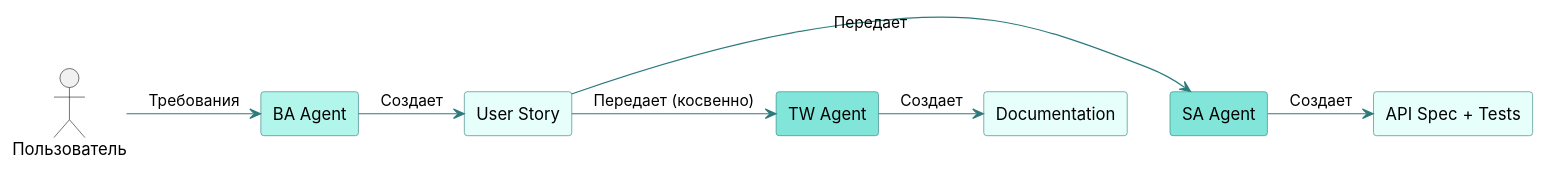
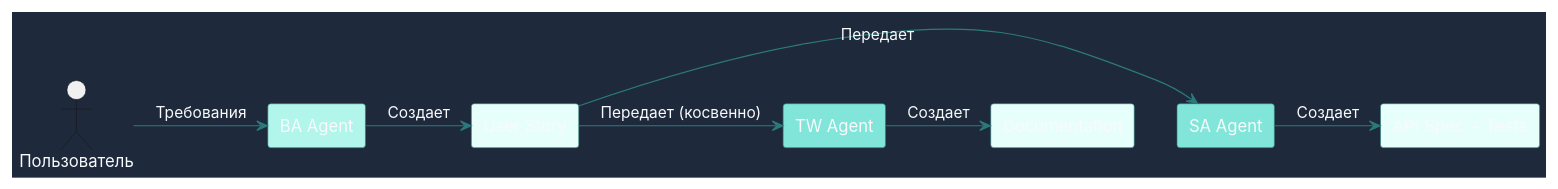
One commit to anurgaz/cita-agents changed the diagram in agents/ba-agent/profile.md. Above: the diagram before and after it, drawn with PlantUML. The commit also changed 13 other files, not shown here.

Commit message:
style(docs): fix PlantUML diagram colors for dark theme

````diff
--- a/agents/ba-agent/profile.md
+++ b/agents/ba-agent/profile.md
@@ -38,24 +38,25 @@
 ```kroki-plantuml
 @startuml
-skinparam backgroundColor transparent
+skinparam backgroundColor #1e293b
 skinparam shadowing false
 skinparam defaultFontName Inter
+skinparam defaultFontColor #f8fafc
 skinparam ArrowColor #2c7a7b
 skinparam RectangleBorderColor #2c7a7b
 
 actor "Пользователь" as po
 rectangle "BA Agent" as ba #B2F5EA
 rectangle "User Story" as us #E6FFFA
 rectangle "SA Agent" as sa #81E6D9
 rectangle "API Spec + Tests" as api #E6FFFA
 rectangle "TW Agent" as tw #81E6D9
 rectangle "Documentation" as docs #E6FFFA
 
 po -> ba : Требования
 ba -> us : Создает
 us -> sa : Передает
 sa -> api : Создает
 us -> tw : Передает (косвенно)
 tw -> docs : Создает
 @enduml
 ```
````
